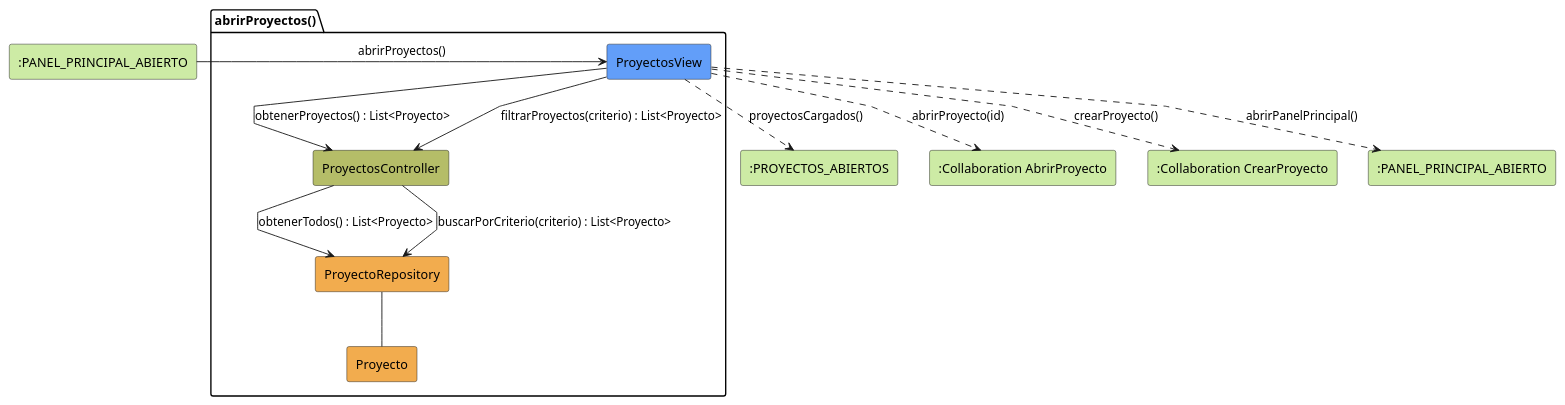
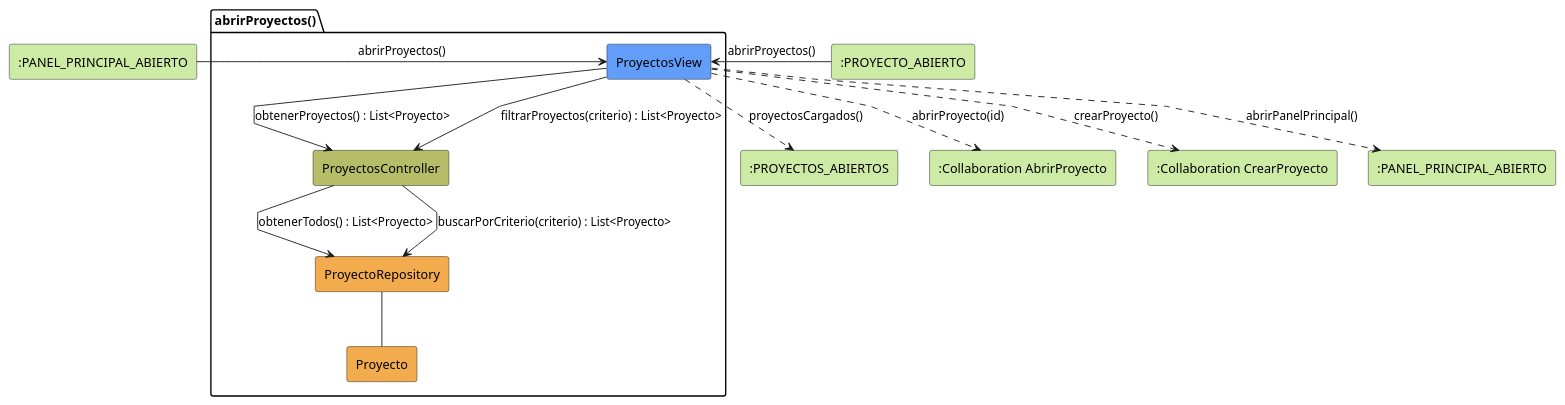
The diagram in modelosUML/analisis/coordinador/abrirProyectos.puml (31Diego/25-26-idsw2-sdVC), drawn with PlantUML before and after one commit. The commit also changed 19 other files, not shown here.

```diff
--- a/modelosUML/analisis/coordinador/abrirProyectos.puml
+++ b/modelosUML/analisis/coordinador/abrirProyectos.puml
@@ -1,35 +1,37 @@
 @startuml abrirProyectos-analisis
 skinparam linetype polyline
 
 rectangle #CDEBA5 ":PANEL_PRINCIPAL_ABIERTO" as PanelPrincipal
+rectangle #CDEBA5 ":PROYECTO_ABIERTO" as ProyectoAbiertoEntrada
 
 package abrirProyectos as "abrirProyectos()" {
     rectangle #629EF9 ProyectosView
     rectangle #b5bd68 ProyectosController
     rectangle #F2AC4E ProyectoRepository
     rectangle #F2AC4E Proyecto
 }
 
 rectangle #CDEBA5 ":PROYECTOS_ABIERTOS" as ProyectosAbiertos
 rectangle #CDEBA5 ":Collaboration AbrirProyecto" as ColProyecto
 rectangle #CDEBA5 ":Collaboration CrearProyecto" as ColCrearProyecto
 rectangle #CDEBA5 ":PANEL_PRINCIPAL_ABIERTO" as PanelSalida
 
 PanelPrincipal -r-> ProyectosView: abrirProyectos()
+ProyectoAbiertoEntrada -r-> ProyectosView: abrirProyectos()
 
 ProyectosView -d-> ProyectosController: obtenerProyectos() : List<Proyecto>
 
 ProyectosController --> ProyectoRepository: obtenerTodos() : List<Proyecto>
 
 ProyectoRepository -- Proyecto
 
 ProyectosView --> ProyectosController: filtrarProyectos(criterio) : List<Proyecto>
 
 ProyectosController --> ProyectoRepository: buscarPorCriterio(criterio) : List<Proyecto>
 
 ProyectosView ..> ProyectosAbiertos: proyectosCargados()
 ProyectosView ..> ColProyecto: abrirProyecto(id)
 ProyectosView ..> ColCrearProyecto: crearProyecto()
 ProyectosView ..> PanelSalida: abrirPanelPrincipal()
 
 @enduml
```
